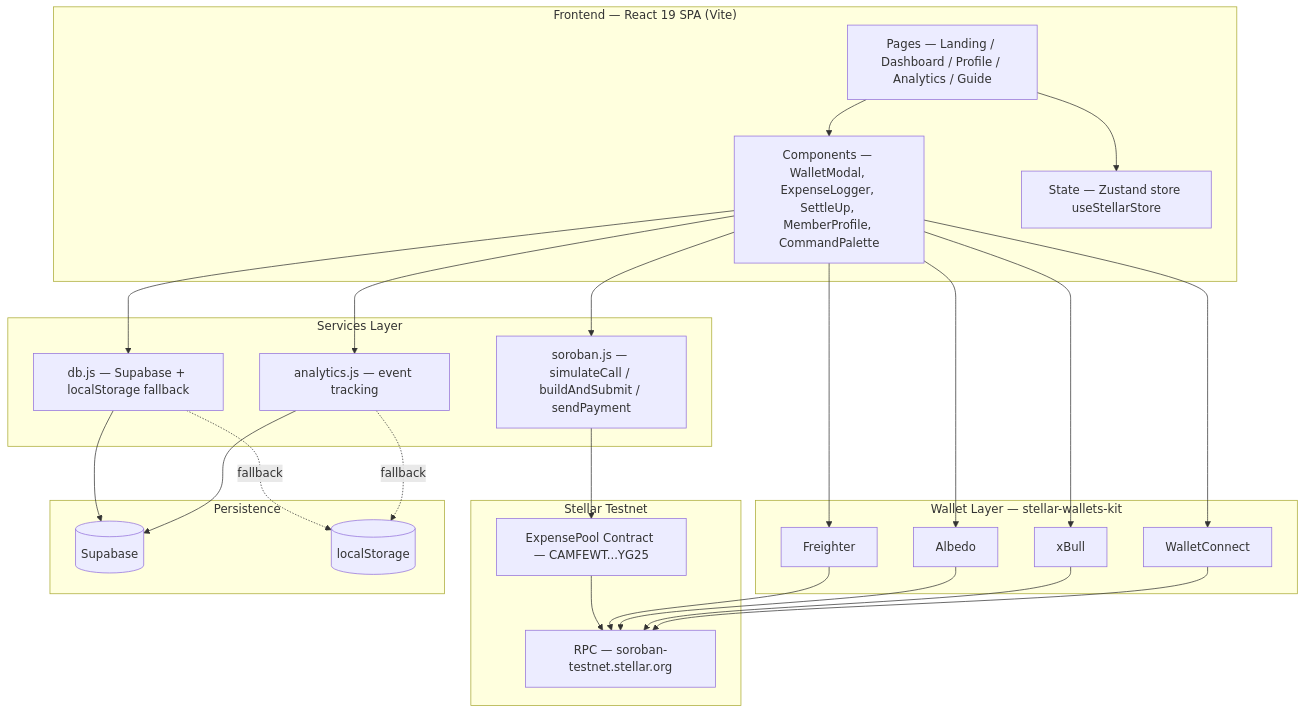
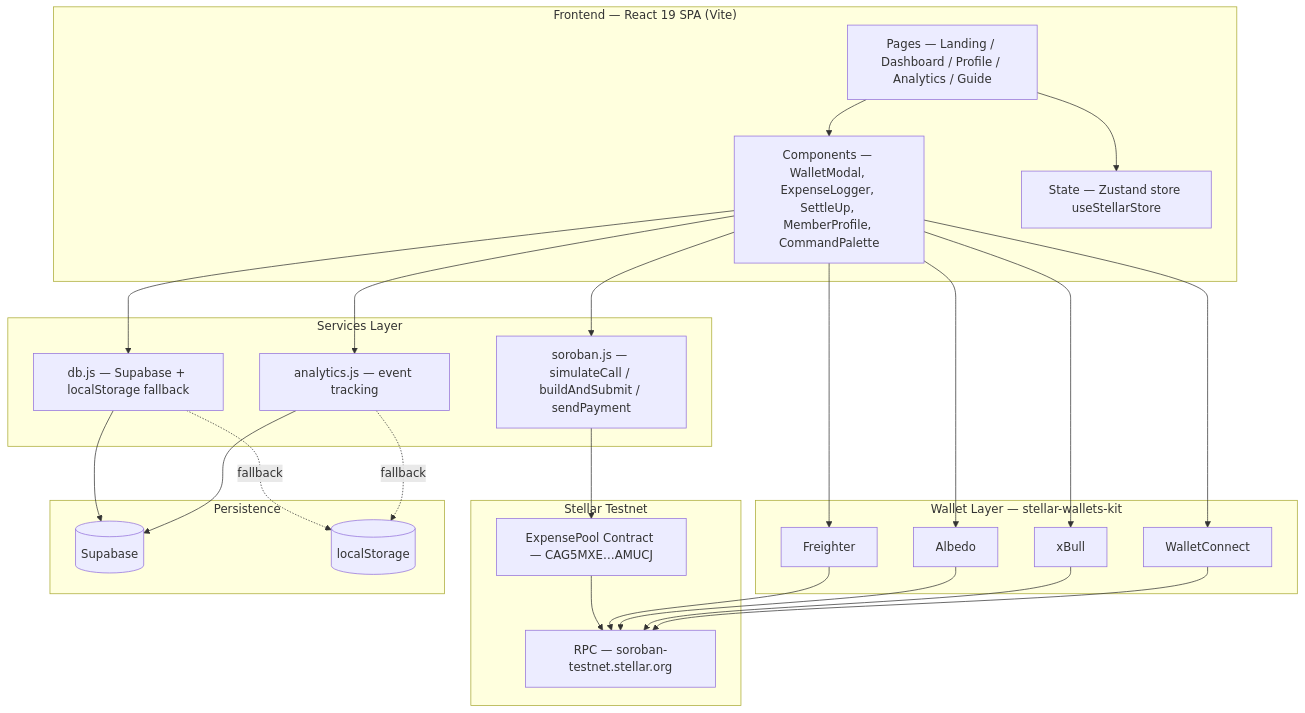
The first of 6 diagrams in README.md (Anubhab-Rakshit/splitstellar), drawn with Mermaid before and after one commit. The commit also changed other lines of this file and 4 other files, not shown here.

Commit message:
fix: align all contract IDs to CAG5MXE (the evidence contract)

````diff
--- a/README.md
+++ b/README.md
@@ -106,45 +106,45 @@
 ```mermaid
 flowchart TB
     subgraph client["Frontend — React 19 SPA (Vite)"]
         P[Pages — Landing / Dashboard / Profile / Analytics / Guide]
         C[Components — WalletModal, ExpenseLogger, SettleUp, MemberProfile, CommandPalette]
         S[State — Zustand store useStellarStore]
     end
 
     subgraph services["Services Layer"]
         WB[soroban.js — simulateCall / buildAndSubmit / sendPayment]
         DB[db.js — Supabase + localStorage fallback]
         AN[analytics.js — event tracking]
     end
 
     subgraph wallet["Wallet Layer — stellar-wallets-kit"]
         W1[Freighter]
         W2[Albedo]
         W3[xBull]
         W4[WalletConnect]
     end
 
     subgraph stellar["Stellar Testnet"]
         RPC[RPC — soroban-testnet.stellar.org]
-        CT[ExpensePool Contract — CAMFEWT...YG25]
+        CT[ExpensePool Contract — CAG5MXE…AMUCJ]
     end
 
     subgraph persist["Persistence"]
         SB[(Supabase)]
         LS[(localStorage)]
     end
 
     P --> C
     P --> S
     C --> WB
     C --> DB
     C --> AN
     WB --> CT
     CT --> RPC
     C --> W1 & W2 & W3 & W4
     W1 & W2 & W3 & W4 --> RPC
     DB --> SB
     DB -. fallback .-> LS
     AN --> SB
     AN -. fallback .-> LS
 ```
````
